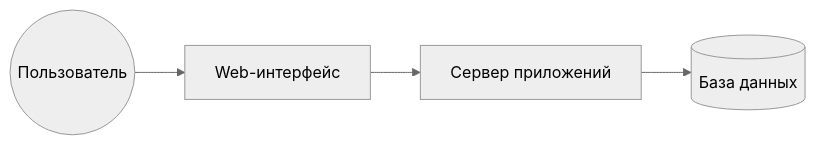
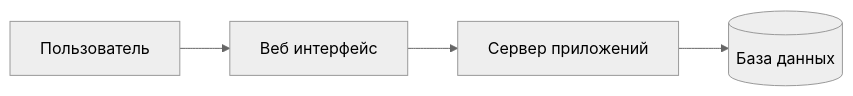
Before and after one commit to kirill483/ep: the sixth of 7 diagrams in README.md, drawn with Mermaid (neutral theme). The commit also changed other lines of this file, not shown here.

````diff
--- a/README.md
+++ b/README.md
@@ -185,9 +172,11 @@
 ```mermaid
 flowchart LR
-    UI[Web-интерфейс]
-    APP[Сервер приложений]
+    User[Пользователь]
+    UI[Веб интерфейс]
+    App[Сервер приложений]
     DB[(База данных)]
-    User((Пользователь))
 
-    User --> UI --> APP --> DB
+    User --> UI
+    UI --> App
+    App --> DB
 ```
````
